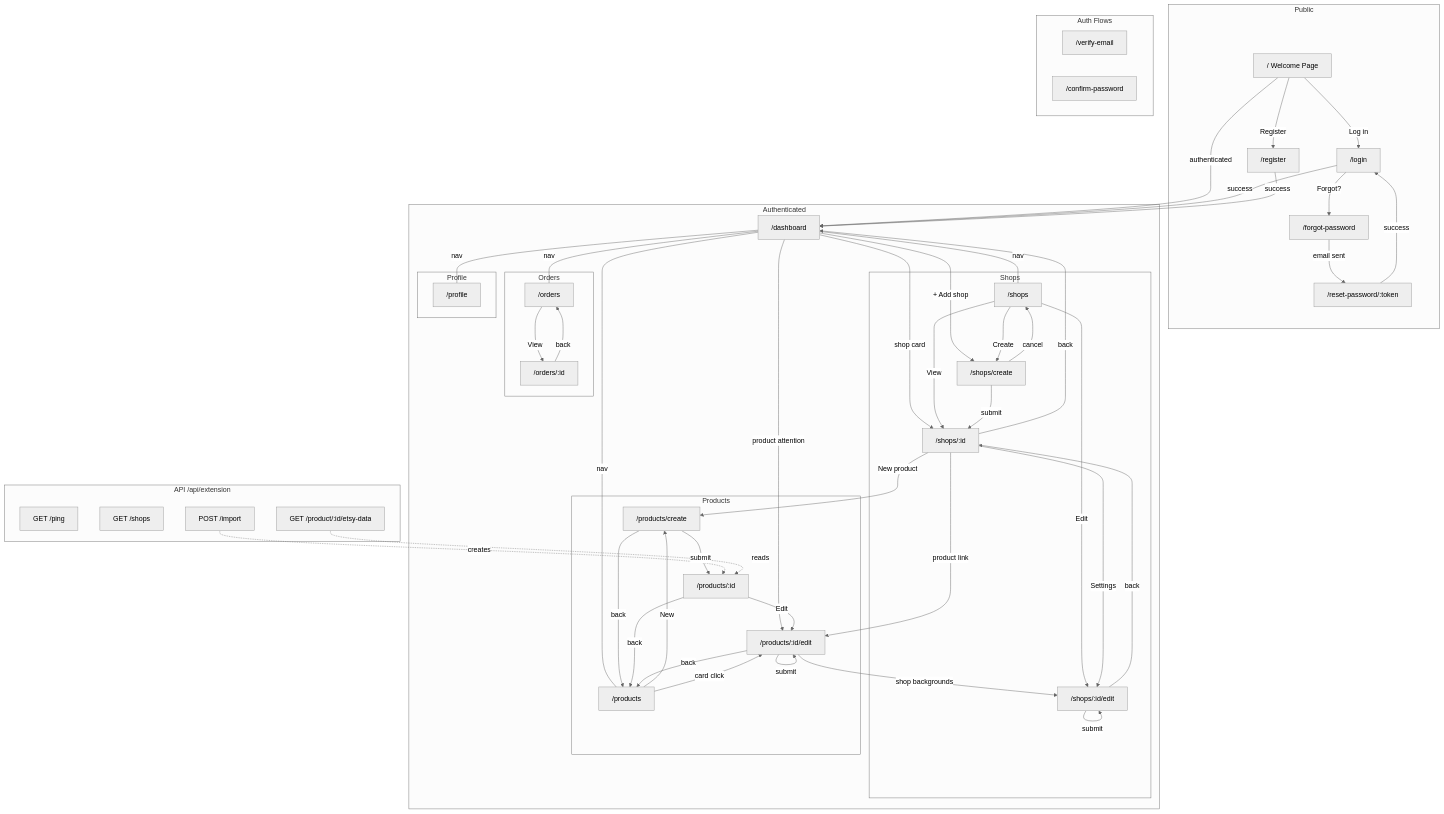
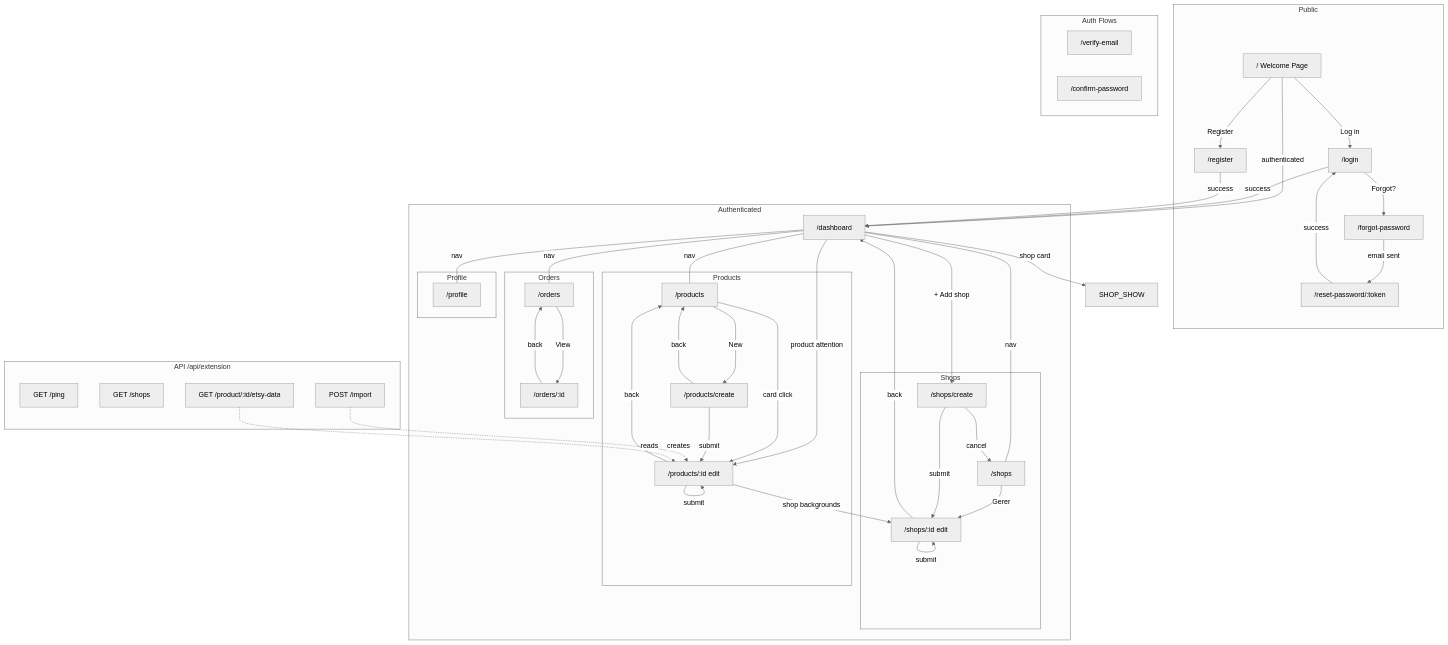
The first of 4 diagrams in docs/APP_AUDIT.md (Nuxnuxx/lesrats), drawn with Mermaid (neutral theme) before and after one commit. The commit also changed other lines of this file and 12 other files, not shown here.

First line of the commit message:
refactor: remove dead Etsy OAuth code and merge show pages into edit pages

````diff
--- a/docs/APP_AUDIT.md
+++ b/docs/APP_AUDIT.md
@@ -23,15 +23,13 @@
         subgraph Shops
             SHOP_LIST["/shops"]
             SHOP_CREATE["/shops/create"]
-            SHOP_SHOW["/shops/:id"]
-            SHOP_EDIT["/shops/:id/edit"]
+            SHOP_EDIT["/shops/:id  edit"]
         end
 
         subgraph Products
             PROD_LIST["/products"]
             PROD_CREATE["/products/create"]
-            PROD_SHOW["/products/:id"]
-            PROD_EDIT["/products/:id/edit"]
+            PROD_EDIT["/products/:id  edit"]
         end
 
         subgraph Orders
@@ -78,25 +76,17 @@
     DASH -->|"product attention"| PROD_EDIT
 
     %% Shop flows
-    SHOP_LIST -->|"Create"| SHOP_CREATE
-    SHOP_LIST -->|"View"| SHOP_SHOW
-    SHOP_LIST -->|"Edit"| SHOP_EDIT
-    SHOP_CREATE -->|submit| SHOP_SHOW
+    SHOP_LIST -->|"Gerer"| SHOP_EDIT
+    SHOP_CREATE -->|submit| SHOP_EDIT
     SHOP_CREATE -->|cancel| SHOP_LIST
-    SHOP_SHOW -->|"Settings"| SHOP_EDIT
-    SHOP_SHOW -->|"New product"| PROD_CREATE
-    SHOP_SHOW -->|"product link"| PROD_EDIT
-    SHOP_SHOW -->|back| DASH
     SHOP_EDIT -->|submit| SHOP_EDIT
-    SHOP_EDIT -->|back| SHOP_SHOW
+    SHOP_EDIT -->|back| DASH
 
     %% Product flows
     PROD_LIST -->|"New"| PROD_CREATE
     PROD_LIST -->|"card click"| PROD_EDIT
-    PROD_CREATE -->|submit| PROD_SHOW
+    PROD_CREATE -->|submit| PROD_EDIT
     PROD_CREATE -->|back| PROD_LIST
-    PROD_SHOW -->|"Edit"| PROD_EDIT
-    PROD_SHOW -->|back| PROD_LIST
     PROD_EDIT -->|submit| PROD_EDIT
     PROD_EDIT -->|back| PROD_LIST
     PROD_EDIT -->|"shop backgrounds"| SHOP_EDIT
@@ -106,6 +96,6 @@
     ORDER_SHOW -->|back| ORDER_LIST
 
     %% Extension API
-    API_IMPORT -.->|creates| PROD_SHOW
-    API_ETSY -.->|reads| PROD_SHOW
+    API_IMPORT -.->|creates| PROD_EDIT
+    API_ETSY -.->|reads| PROD_EDIT
 ```
````
